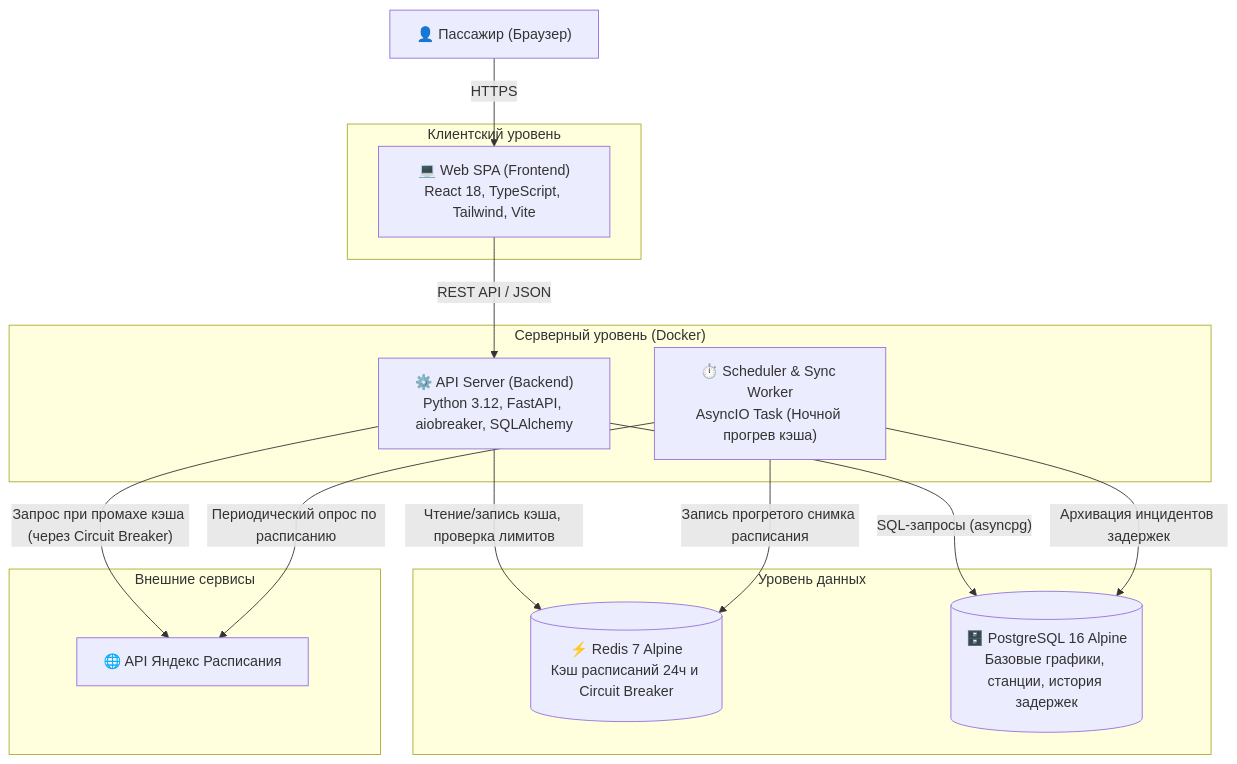
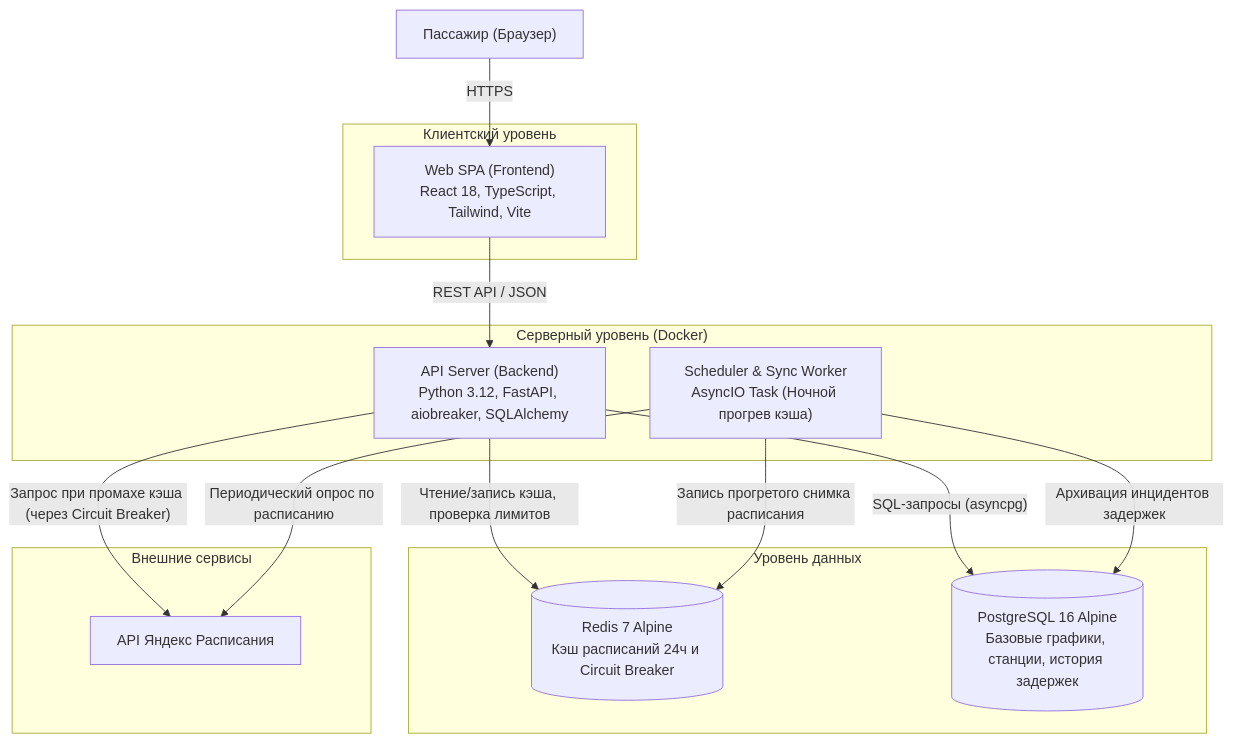
Before and after one commit to mordw1n/suburban-transit-planner: the second of 4 diagrams in docs/02-architecture.md, drawn with Mermaid. The commit also changed other lines of this file and 3 other files, not shown here.

````diff
--- a/docs/02-architecture.md
+++ b/docs/02-architecture.md
@@ -110,33 +109,33 @@
 ```mermaid
 flowchart TD
-    User["👤 Пассажир (Браузер)"]
+    User["Пассажир (Браузер)"]
 
     subgraph ClientLayer ["Клиентский уровень"]
-        SPA["💻 Web SPA (Frontend)<br/>React 18, TypeScript, Tailwind, Vite"]
+        SPA["Web SPA (Frontend)<br/>React 18, TypeScript, Tailwind, Vite"]
     end
 
     subgraph ServerLayer ["Серверный уровень (Docker)"]
-        Backend["⚙️ API Server (Backend)<br/>Python 3.12, FastAPI, aiobreaker, SQLAlchemy"]
-        Worker["⏱️ Scheduler & Sync Worker<br/>AsyncIO Task (Ночной прогрев кэша)"]
+        Backend["API Server (Backend)<br/>Python 3.12, FastAPI, aiobreaker, SQLAlchemy"]
+        Worker["Scheduler & Sync Worker<br/>AsyncIO Task (Ночной прогрев кэша)"]
     end
 
     subgraph DataLayer ["Уровень данных"]
-        Redis[("⚡ Redis 7 Alpine<br/>Кэш расписаний 24ч и Circuit Breaker")]
-        Postgres[("🗄️ PostgreSQL 16 Alpine<br/>Базовые графики, станции, история задержек")]
+        Redis[("Redis 7 Alpine<br/>Кэш расписаний 24ч и Circuit Breaker")]
+        Postgres[("PostgreSQL 16 Alpine<br/>Базовые графики, станции, история задержек")]
     end
 
     subgraph External ["Внешние сервисы"]
-        YandexAPI["🌐 API Яндекс Расписания"]
+        YandexAPI["API Яндекс Расписания"]
     end
 
     User -->|"HTTPS"| SPA
     SPA -->|"REST API / JSON"| Backend
 
     Backend -->|"Чтение/запись кэша, проверка лимитов"| Redis
     Backend -->|"SQL-запросы (asyncpg)"| Postgres
     Backend -->|"Запрос при промахе кэша (через Circuit Breaker)"| YandexAPI
 
     Worker -->|"Периодический опрос по расписанию"| YandexAPI
     Worker -->|"Запись прогретого снимка расписания"| Redis
     Worker -->|"Архивация инцидентов задержек"| Postgres
 ```
````
